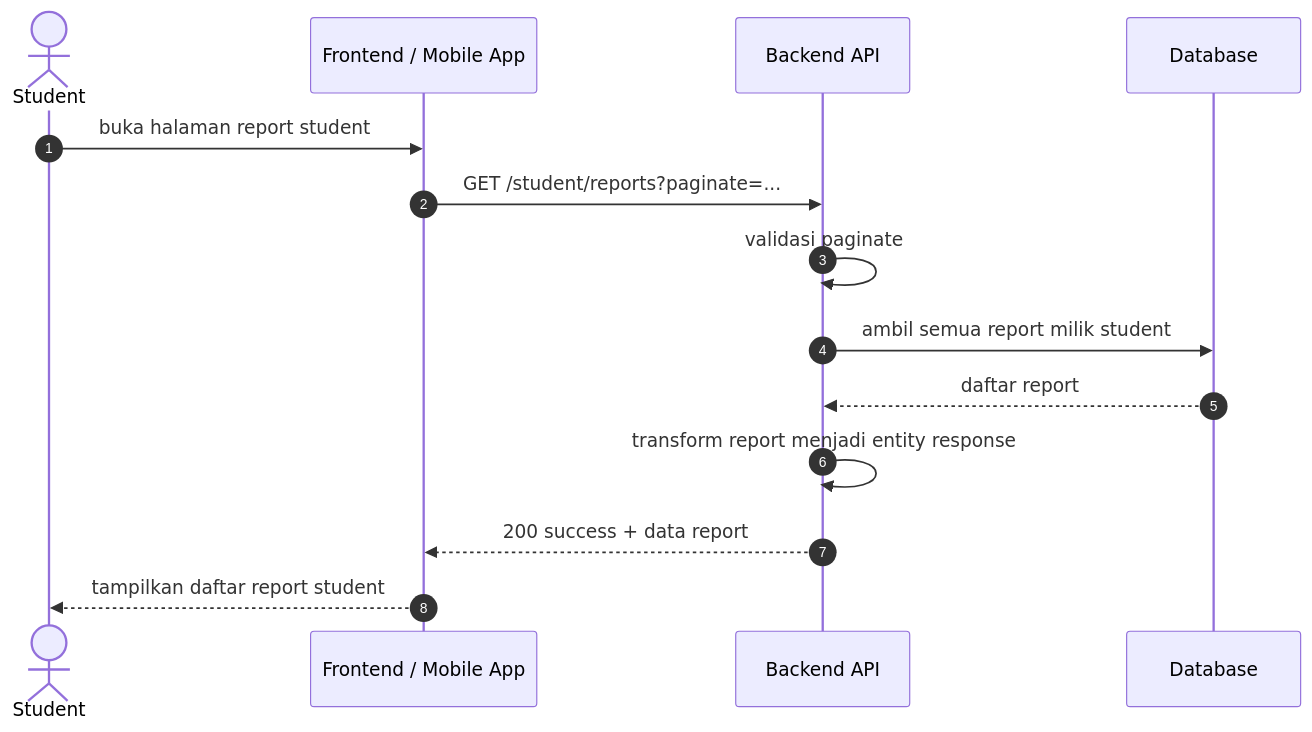
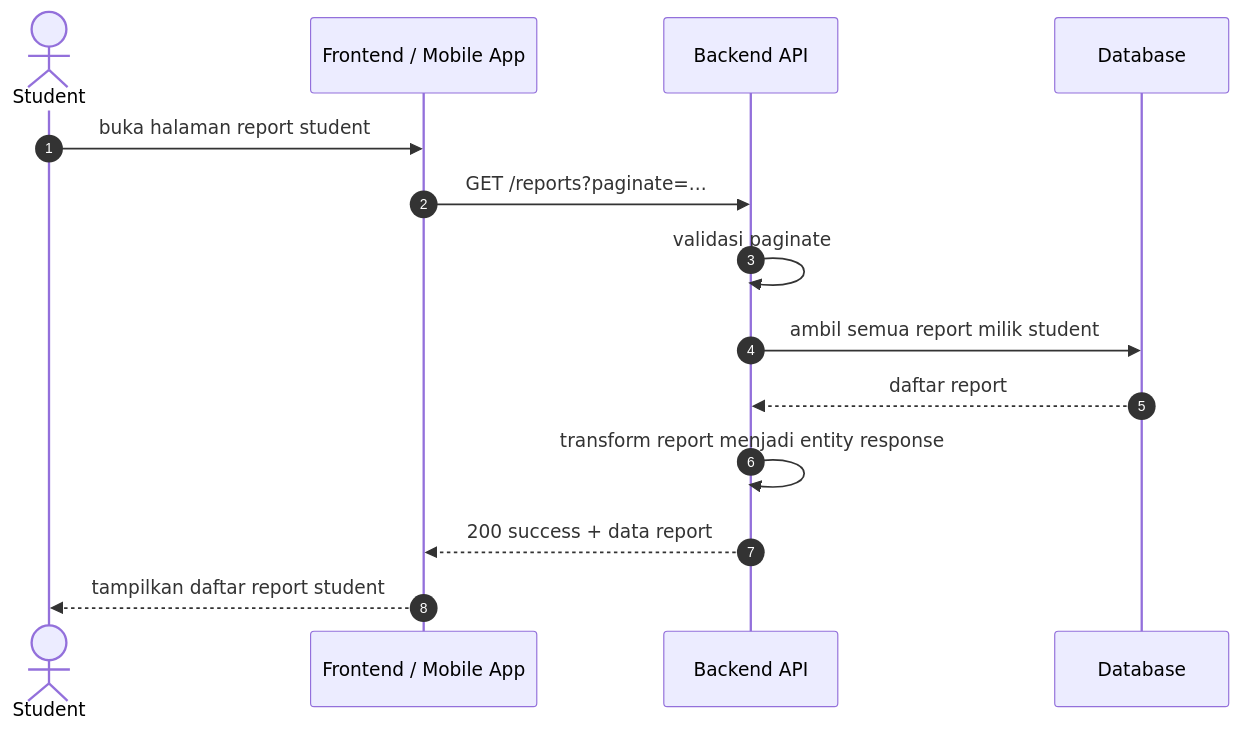
One commit to yafinuel/lazuardyBackend_hexa changed the fourth of 4 diagrams in docs/sequences/dashboard-student-flow.md. Above: the diagram before and after it, drawn with Mermaid. The commit also changed other lines of this file and 10 other files, not shown here.

````diff
--- a/docs/sequences/dashboard-student-flow.md
+++ b/docs/sequences/dashboard-student-flow.md
@@ -53,17 +76,17 @@
 ```mermaid
 sequenceDiagram
 	autonumber
 	actor Student as Student
 	participant Client as Frontend / Mobile App
 	participant Backend as Backend API
 	participant DB as Database
 
 	Student->>Client: buka halaman report student
-	Client->>Backend: GET /student/reports?paginate=...
+	Client->>Backend: GET /reports?paginate=...
 	Backend->>Backend: validasi paginate
 	Backend->>DB: ambil semua report milik student
 	DB-->>Backend: daftar report
 	Backend->>Backend: transform report menjadi entity response
 	Backend-->>Client: 200 success + data report
 	Client-->>Student: tampilkan daftar report student
 ```
````
